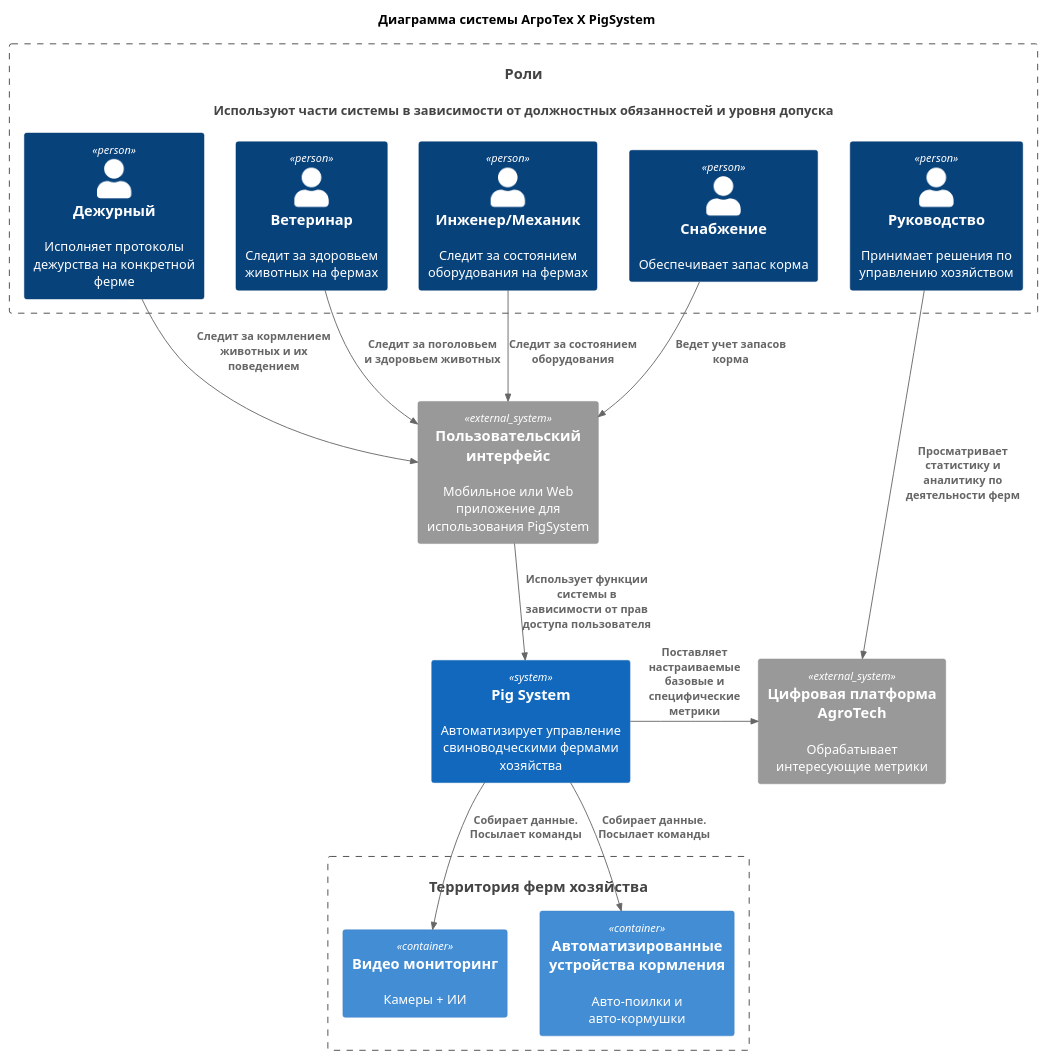
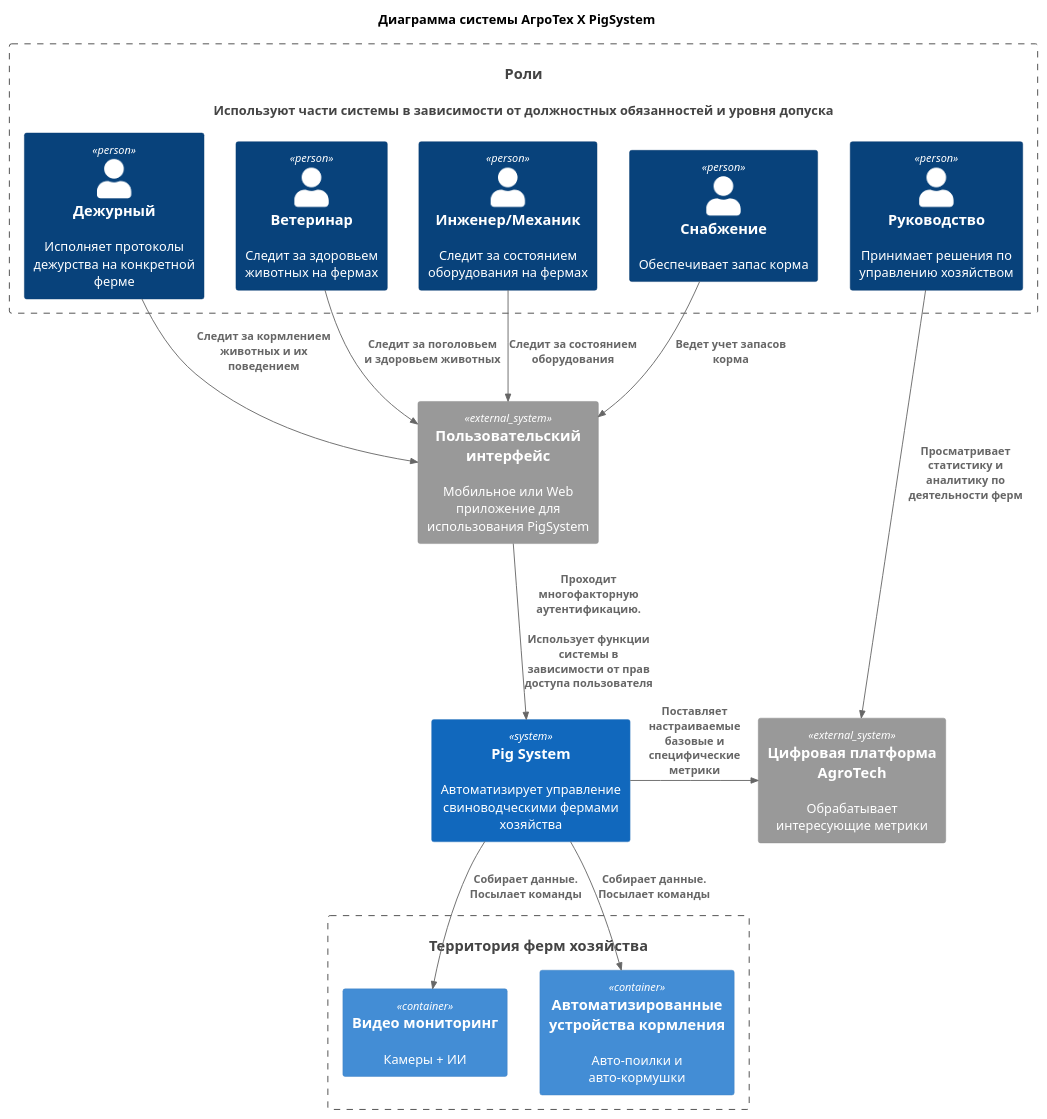
The diagram in Task1/Context - main.puml (ane-ta/ms-agrotech), drawn with PlantUML before and after one commit.

Commit message:
docs: C1main - cleaned

```diff
--- a/Task1/Context - main.puml
+++ b/Task1/Context - main.puml
@@ -1,47 +1,47 @@
 @startuml
 title Диаграмма системы АгроТех Х PigSystem
 
 !includeurl https://raw.githubusercontent.com/RicardoNiepel/C4-PlantUML/master/C4_Component.puml
 
 'using entities
 System(users, "Роли", "Используют части системы в зависимости от должностных обязанностей и уровня допуска")
 Container_Boundary(users, "Пользователи и роли"){
 
     Person(userDir, "Руководство", "Принимает решения по управлению хозяйством")
     Person(userOnDuty, "Дежурный", "Исполняет протоколы дежурства на конкретной ферме")
     Person(userVet, "Ветеринар", "Следит за здоровьем животных на фермах")
     Person(userMech, "Инженер/Механик", "Следит за состоянием оборудования на фермах")
     Person(userSupply, "Снабжение", "Обеспечивает запас корма")
 }
 
 'external items
 System_Ext(appUsing, "Пользовательский интерфейс", "Mобильное или Web приложение для использования PigSystem")
 System_Ext(sysIntegrating, "Цифровая платформа AgroTech", "Обрабатывает интересующие метрики")
 
 'system itself
 System(PigFarmSystem, "Pig System", "Автоматизирует управление свиноводческими фермами хозяйства")
  
  'items in use
  System(farms, "Территория ферм хозяйства", "")
  Container_Boundary(farms, ""){
     Container(video, "Видео мониторинг", "", "Камеры + ИИ")
     Container(feeding, "Автоматизированные устройства кормления", "", "Авто-поилки и авто-кормушки")
  }
 
 
 'using relations
 Rel_Down(userDir, sysIntegrating, "Просматривает статистику и аналитику по деятельности ферм")
 Rel_Down(userOnDuty, appUsing, "Следит за кормлением животных и их поведением")
 Rel_Down(userVet, appUsing, "Следит за поголовьем и здоровьем животных")
 Rel_Down(userMech, appUsing, "Следит за состоянием оборудования")
 Rel_Down(userSupply, appUsing, "Ведет учет запасов корма")
 
-Rel_Down(appUsing,PigFarmSystem,"Использует функции системы в зависимости от прав доступа пользователя")
+Rel_Down(appUsing,PigFarmSystem,"Проходит многофакторную аутентификацию.\n\nИспользует функции системы в зависимости от прав доступа пользователя")
 
 Rel_Right(PigFarmSystem, sysIntegrating, "Поставляет настраиваемые базовые и специфические метрики")
 
 'in use relations
 Rel_Down(PigFarmSystem, video,"Собирает данные. Посылает команды")
 Rel_Down(PigFarmSystem, feeding,"Собирает данные. Посылает команды")
 
 @enduml
```
